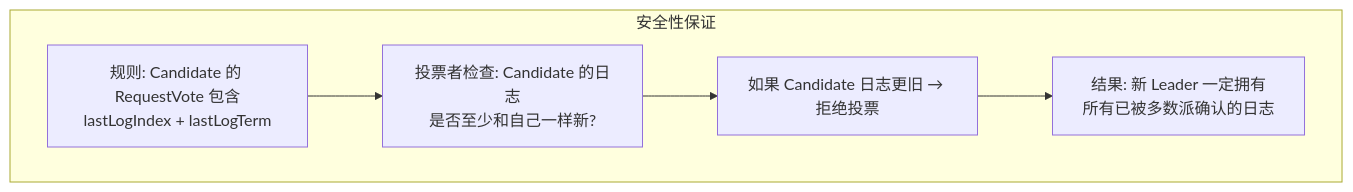
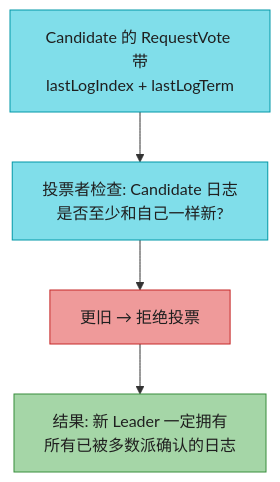
Before and after one commit to socoo123/ddia_2nd: diagram 18 of 37 in ch10-一致性与共识.md, drawn with Mermaid. The commit also changed other lines of this file and 5 other files, not shown here.

````diff
--- a/ch10-一致性与共识.md
+++ b/ch10-一致性与共识.md
@@ -410,10 +726,13 @@
 ```mermaid
-graph TD
-    subgraph SAFETY["安全性保证"]
-        S1["规则: Candidate 的 RequestVote 包含<br/>lastLogIndex + lastLogTerm"]
-        S2["投票者检查: Candidate 的日志<br/>是否至少和自己一样新?"]
-        S3["如果 Candidate 日志更旧 → 拒绝投票"]
-        S4["结果: 新 Leader 一定拥有<br/>所有已被多数派确认的日志"]
-        S1 --> S2 --> S3 --> S4
-    end
+flowchart TD
+    S1["Candidate 的 RequestVote 带<br/>lastLogIndex + lastLogTerm"]
+    S2["投票者检查: Candidate 日志<br/>是否至少和自己一样新?"]
+    S3["更旧 → 拒绝投票"]
+    S4["结果: 新 Leader 一定拥有<br/>所有已被多数派确认的日志"]
+    S1 --> S2 --> S3 --> S4
+
+    style S1 fill:#80DEEA,stroke:#0097A7,color:#1f1f1f
+    style S2 fill:#80DEEA,stroke:#0097A7,color:#1f1f1f
+    style S3 fill:#EF9A9A,stroke:#C62828,color:#1f1f1f
+    style S4 fill:#A5D6A7,stroke:#388E3C,color:#1f1f1f
 ```
````
